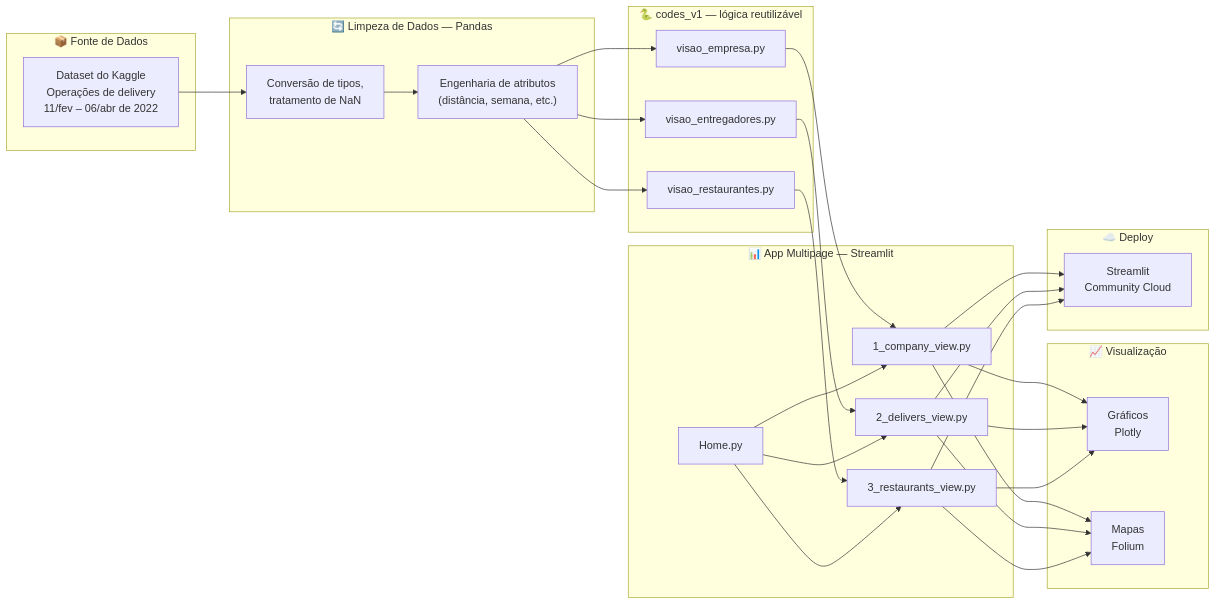
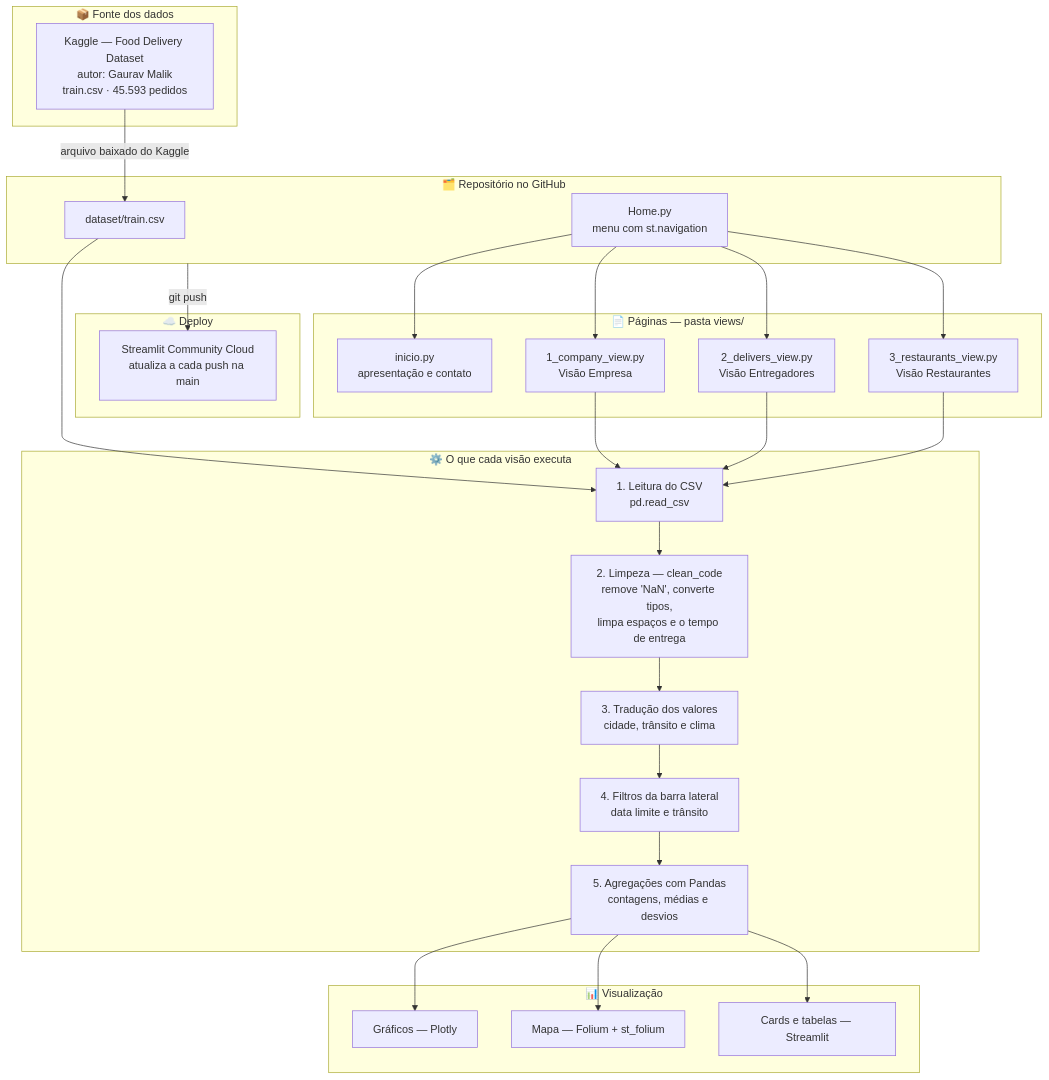
One commit to iannfava/strategic-dashboard-streamlit changed the diagram in README.md. Above: the diagram before and after it, drawn with Mermaid. The commit also changed other lines of this file and 9 other files, not shown here.

Commit message:
Reescreve README so com informacoes confirmadas e atualiza prints do dashboard em portugues

````diff
--- a/README.md
+++ b/README.md
@@ -27,41 +34,45 @@
 ```mermaid
-flowchart LR
-    subgraph Fonte["📦 Fonte de Dados"]
-        A["Dataset do Kaggle<br/>Operações de delivery<br/>11/fev – 06/abr de 2022"]
+flowchart TB
+    subgraph Fonte["📦 Fonte dos dados"]
+        A["Kaggle — Food Delivery Dataset<br/>autor: Gaurav Malik<br/>train.csv · 45.593 pedidos"]
     end
 
-    subgraph ETL["🔄 Limpeza de Dados — Pandas"]
-        B["Conversão de tipos,<br/>tratamento de NaN"]
-        C["Engenharia de atributos<br/>(distância, semana, etc.)"]
+    subgraph Repo["🗂️ Repositório no GitHub"]
+        B["dataset/train.csv"]
+        C["Home.py<br/>menu com st.navigation"]
     end
 
-    subgraph Core["🐍 codes_v1 — lógica reutilizável"]
-        D["visao_empresa.py"]
-        E["visao_entregadores.py"]
-        F["visao_restaurantes.py"]
+    subgraph Paginas["📄 Páginas — pasta views/"]
+        P0["inicio.py<br/>apresentação e contato"]
+        P1["1_company_view.py<br/>Visão Empresa"]
+        P2["2_delivers_view.py<br/>Visão Entregadores"]
+        P3["3_restaurants_view.py<br/>Visão Restaurantes"]
     end
 
-    subgraph App["📊 App Multipage — Streamlit"]
-        G["Home.py"]
-        H["1_company_view.py"]
-        I["2_delivers_view.py"]
-        J["3_restaurants_view.py"]
+    subgraph Processo["⚙️ O que cada visão executa"]
+        D["1. Leitura do CSV<br/>pd.read_csv"]
+        E["2. Limpeza — clean_code<br/>remove 'NaN', converte tipos,<br/>limpa espaços e o tempo de entrega"]
+        F["3. Tradução dos valores<br/>cidade, trânsito e clima"]
+        G["4. Filtros da barra lateral<br/>data limite e trânsito"]
+        H["5. Agregações com Pandas<br/>contagens, médias e desvios"]
     end
 
-    subgraph Viz["📈 Visualização"]
-        K["Gráficos<br/>Plotly"]
-        L["Mapas<br/>Folium"]
+    subgraph Saida["📊 Visualização"]
+        I["Gráficos — Plotly"]
+        J["Mapa — Folium + st_folium"]
+        K["Cards e tabelas — Streamlit"]
     end
 
     subgraph Deploy["☁️ Deploy"]
-        M["Streamlit<br/>Community Cloud"]
+        L["Streamlit Community Cloud<br/>atualiza a cada push na main"]
     end
 
-    A --> B --> C --> D & E & F
-    D --> H
-    E --> I
-    F --> J
-    G --> H & I & J
-    H & I & J --> K & L
-    H & I & J --> M
+    A -->|"arquivo baixado do Kaggle"| B
+    C --> P0
+    C --> P1 & P2 & P3
+    P1 & P2 & P3 --> D
+    B --> D
+    D --> E --> F --> G --> H
+    H --> I & J & K
+    Repo -->|"git push"| L
 ```
````
